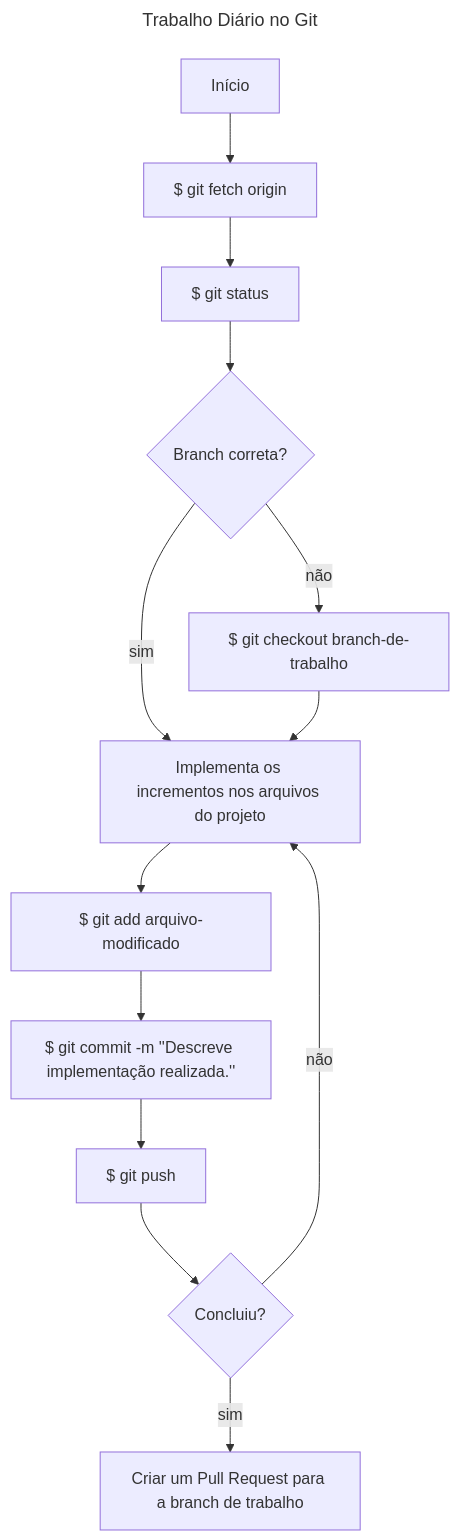
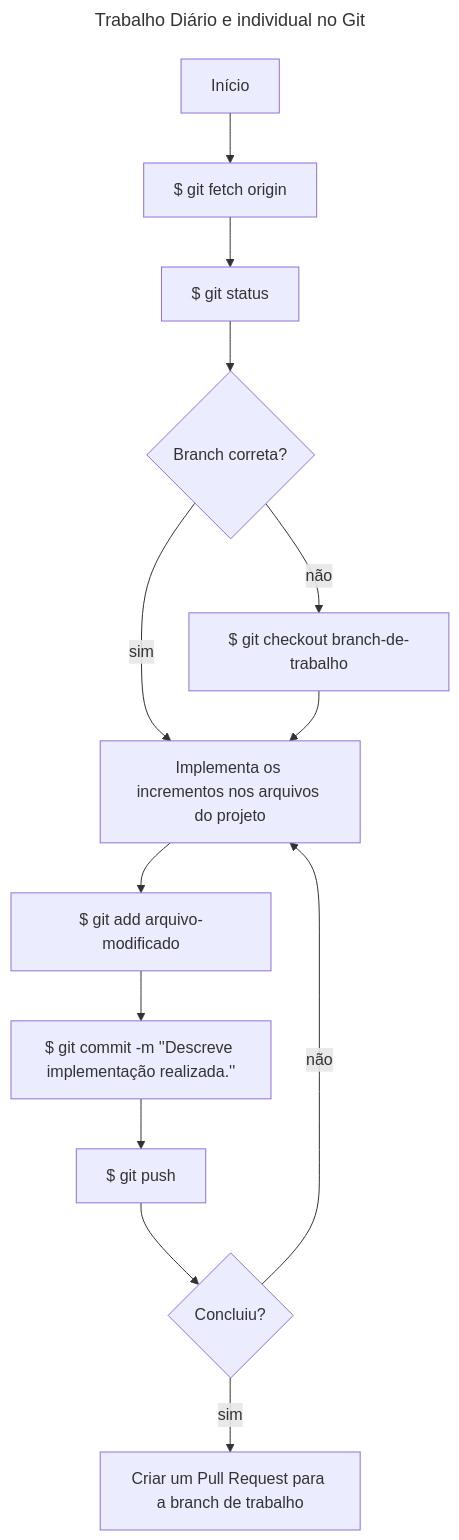
One commit to tads-cnat/nannys-pet changed the diagram in guia-receber-pets.md. Above: the diagram before and after it, drawn with Mermaid.

````diff
--- a/guia-receber-pets.md
+++ b/guia-receber-pets.md
@@ -66,30 +66,30 @@
 ```mermaid
 ---
-title: Trabalho Diário no Git
+title: Trabalho Diário e individual no Git
 ---
 flowchart TD
     inicio[Início]
     fetch[$ git fetch origin]
     status[$ git status]
     se1{Branch correta?}
     se2{Concluiu?}
     checkout[$ git checkout branch-de-trabalho]
     edita[Implementa os incrementos nos arquivos do projeto]
     commit1[$ git add arquivo-modificado]
     commit2[$ git commit -m ''Descreve implementação realizada.'']
     push[$ git push]
     merge[Criar um Pull Request para a branch de trabalho]
     
     inicio --> fetch
     fetch --> status
     status --> se1
     se1 -->|sim| edita
     se1 -->|não| checkout
     checkout --> edita
     edita --> commit1
     commit1 --> commit2
     commit2 --> push
     push --> se2
     se2 -->|não| edita
     se2 -->|sim| merge
 ```
````
